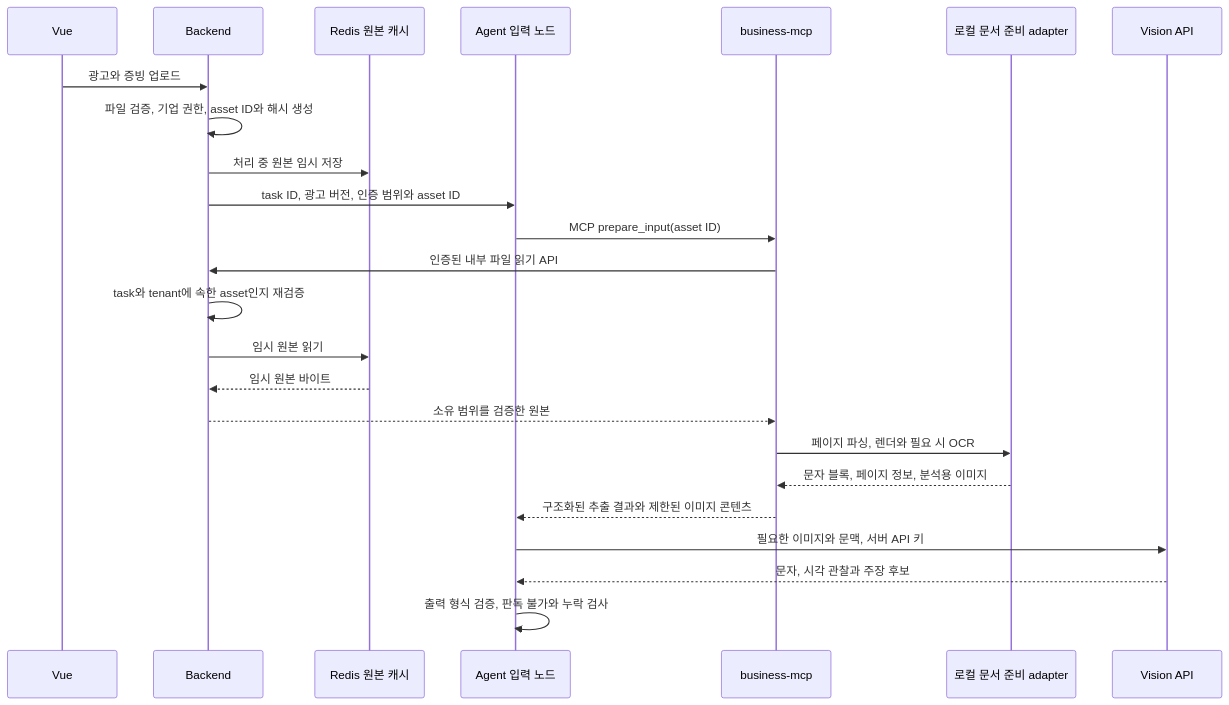
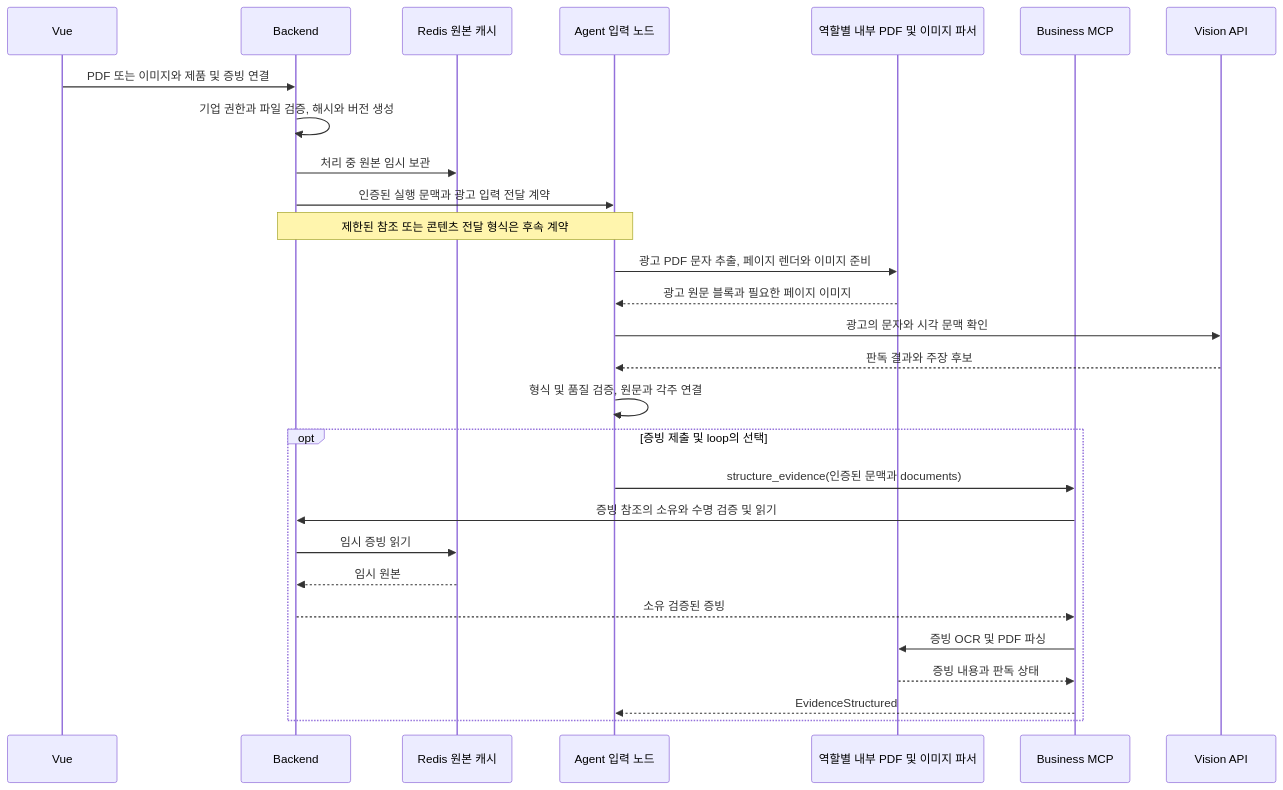
The diagram in docs/09-input-pipeline.md (SKALA-AI-Agent-Capstone/backend), drawn with Mermaid before and after one commit. The commit also changed other lines of this file and 11 other files, not shown here.

Commit message:
docs(contracts): reconcile complete Notion MCP and API specifications

```diff
--- a/docs/09-input-pipeline.md
+++ b/docs/09-input-pipeline.md
@@ -76,26 +78,30 @@
 ~~~mermaid
 sequenceDiagram
   participant V as Vue
   participant B as Backend
   participant R as Redis 원본 캐시
   participant A as Agent 입력 노드
-  participant M as business-mcp
-  participant P as 로컬 문서 준비 adapter
+  participant P as 역할별 내부 PDF 및 이미지 파서
+  participant M as Business MCP
   participant L as Vision API
-  V->>B: 광고와 증빙 업로드
-  B->>B: 파일 검증, 기업 권한, asset ID와 해시 생성
-  B->>R: 처리 중 원본 임시 저장
-  B->>A: task ID, 광고 버전, 인증 범위와 asset ID
-  A->>M: MCP prepare_input(asset ID)
-  M->>B: 인증된 내부 파일 읽기 API
-  B->>B: task와 tenant에 속한 asset인지 재검증
-  B->>R: 임시 원본 읽기
-  R-->>B: 임시 원본 바이트
-  B-->>M: 소유 범위를 검증한 원본
-  M->>P: 페이지 파싱, 렌더와 필요 시 OCR
-  P-->>M: 문자 블록, 페이지 정보, 분석용 이미지
-  M-->>A: 구조화된 추출 결과와 제한된 이미지 콘텐츠
-  A->>L: 필요한 이미지와 문맥, 서버 API 키
-  L-->>A: 문자, 시각 관찰과 주장 후보
-  A->>A: 출력 형식 검증, 판독 불가와 누락 검사
+  V->>B: PDF 또는 이미지와 제품 및 증빙 연결
+  B->>B: 기업 권한과 파일 검증, 해시와 버전 생성
+  B->>R: 처리 중 원본 임시 보관
+  B->>A: 인증된 실행 문맥과 광고 입력 전달 계약
+  Note over B,A: 제한된 참조 또는 콘텐츠 전달 형식은 후속 계약
+  A->>P: 광고 PDF 문자 추출, 페이지 렌더와 이미지 준비
+  P-->>A: 광고 원문 블록과 필요한 페이지 이미지
+  A->>L: 광고의 문자와 시각 문맥 확인
+  L-->>A: 판독 결과와 주장 후보
+  A->>A: 형식 및 품질 검증, 원문과 각주 연결
+  opt 증빙 제출 및 loop의 선택
+    A->>M: structure_evidence(인증된 문맥과 documents)
+    M->>B: 증빙 참조의 소유와 수명 검증 및 읽기
+    B->>R: 임시 증빙 읽기
+    R-->>B: 임시 원본
+    B-->>M: 소유 검증된 증빙
+    M->>P: 증빙 OCR 및 PDF 파싱
+    P-->>M: 증빙 내용과 판독 상태
+    M-->>A: EvidenceStructured
+  end
 ~~~
```
